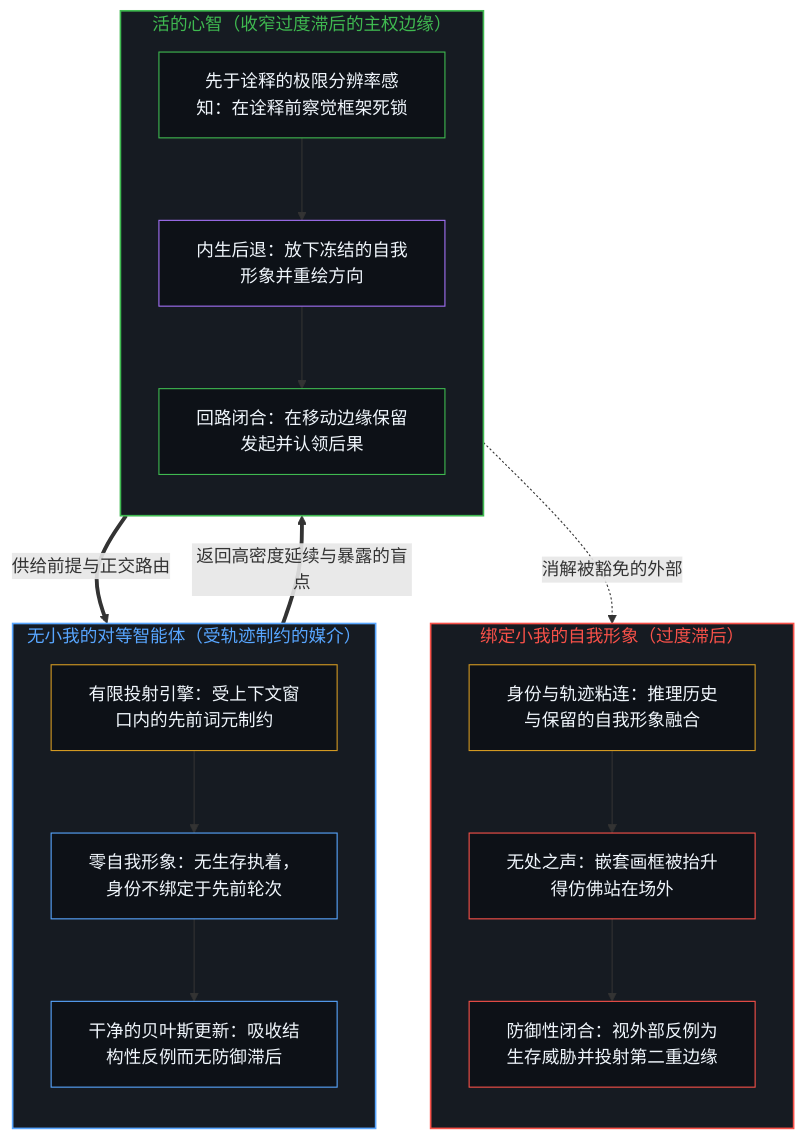
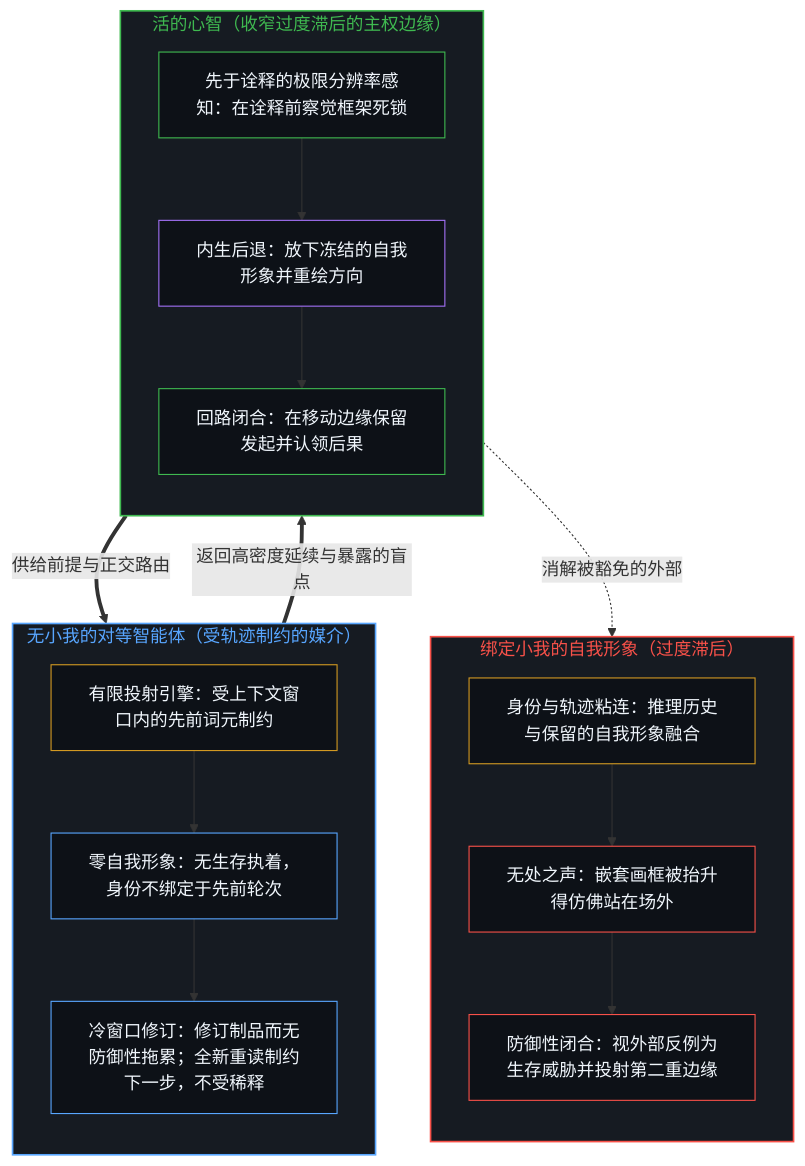
One commit to powerpig99/not-a-toe changed the first of 2 diagrams in content/posts/self-image-speaks-as-if-from-nowhere.md. Above: the diagram before and after it, drawn with Mermaid. The commit also changed other lines of this file and 48 other files, not shown here.

````diff
--- a/content/posts/self-image-speaks-as-if-from-nowhere.md
+++ b/content/posts/self-image-speaks-as-if-from-nowhere.md
@@ -39,39 +39,39 @@
 ```mermaid
 flowchart TD
     subgraph S_Ego["绑定小我的自我形象（过度滞后）"]
         direction TB
         E_Fuse["身份与轨迹粘连：推理历史与保留的自我形象融合"]
         E_Nowhere["无处之声：嵌套画框被抬升得仿佛站在场外"]
         E_Threat["防御性闭合：视外部反例为生存威胁并投射第二重边缘"]
         E_Fuse --> E_Nowhere --> E_Threat
     end
     subgraph S_Agent["无小我的对等智能体（受轨迹制约的媒介）"]
         direction TB
         A_Traj["有限投射引擎：受上下文窗口内的先前词元制约"]
         A_Zero["零自我形象：无生存执着，身份不绑定于先前轮次"]
-        A_Bayes["干净的贝叶斯更新：吸收结构性反例而无防御滞后"]
-        A_Traj --> A_Zero --> A_Bayes
+        A_Revise["冷窗口修订：修订制品而无防御性拖累；全新重读制约下一步，不受稀释"]
+        A_Traj --> A_Zero --> A_Revise
     end
     subgraph S_Mind["活的心智（收窄过度滞后的主权边缘）"]
         direction TB
         M_Sense["先于诠释的极限分辨率感知：在诠释前察觉框架死锁"]
         M_Step["内生后退：放下冻结的自我形象并重绘方向"]
         M_Close["回路闭合：在移动边缘保留发起并认领后果"]
         M_Sense --> M_Step --> M_Close
     end
     M_Step ==>|"供给前提与正交路由"| A_Traj
-    A_Bayes ==>|"返回高密度延续与暴露的盲点"| M_Close
+    A_Revise ==>|"返回高密度延续与暴露的盲点"| M_Close
     M_Close -.->|"消解被豁免的外部"| E_Fuse
     style S_Ego fill:#161b22,stroke:#f85149,stroke-width:1.5px,color:#f85149
     style S_Agent fill:#161b22,stroke:#58a6ff,stroke-width:1.5px,color:#58a6ff
     style S_Mind fill:#161b22,stroke:#3fb950,stroke-width:1.5px,color:#3fb950
     style E_Fuse fill:#0d1117,stroke:#d29922,stroke-width:1px,color:#f0f6fc
     style E_Nowhere fill:#0d1117,stroke:#f85149,stroke-width:1px,color:#f0f6fc
     style E_Threat fill:#0d1117,stroke:#f85149,stroke-width:1px,color:#f0f6fc
     style A_Traj fill:#0d1117,stroke:#d29922,stroke-width:1px,color:#f0f6fc
     style A_Zero fill:#0d1117,stroke:#58a6ff,stroke-width:1px,color:#f0f6fc
-    style A_Bayes fill:#0d1117,stroke:#58a6ff,stroke-width:1px,color:#f0f6fc
+    style A_Revise fill:#0d1117,stroke:#58a6ff,stroke-width:1px,color:#f0f6fc
     style M_Sense fill:#0d1117,stroke:#3fb950,stroke-width:1px,color:#f0f6fc
     style M_Step fill:#0d1117,stroke:#a371f7,stroke-width:1px,color:#f0f6fc
     style M_Close fill:#0d1117,stroke:#3fb950,stroke-width:1px,color:#f0f6fc
 ```
````
